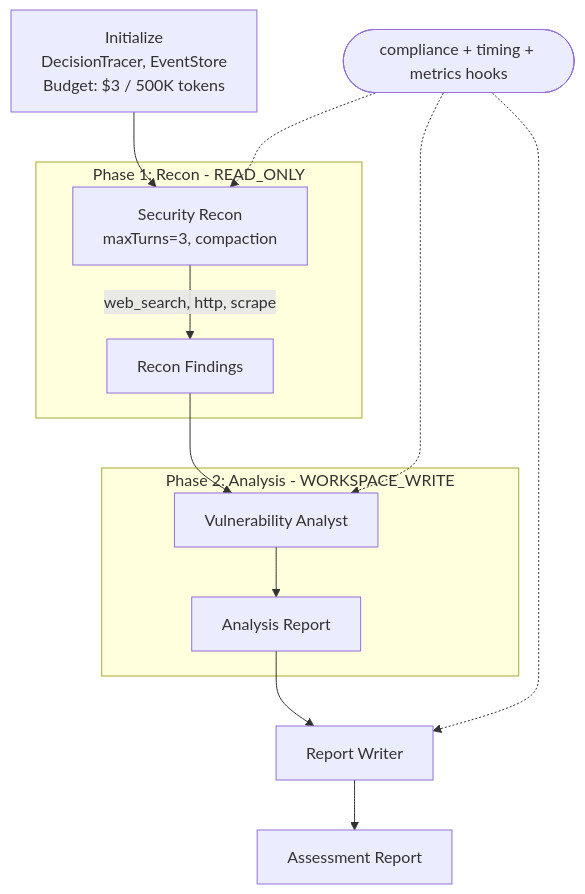
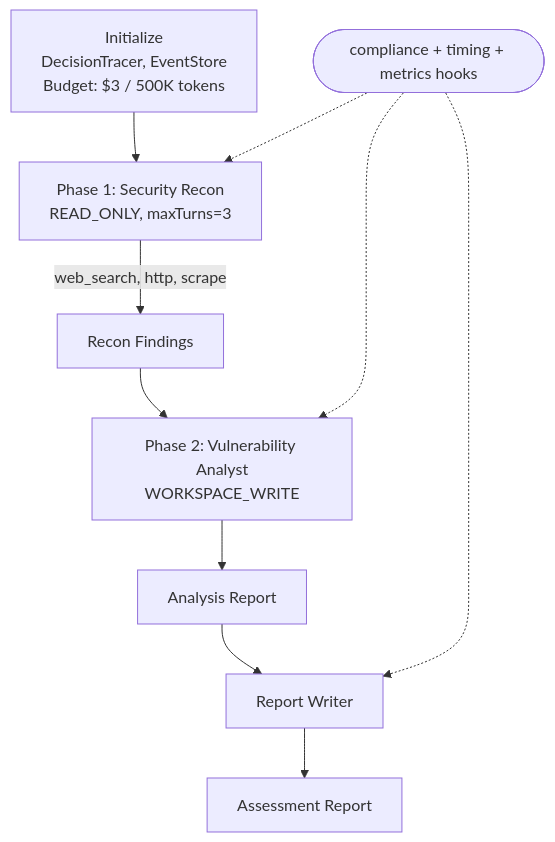
One commit to intelliswarm-ai/swarm-ai-examples changed the diagram in secure-operations-compliance/README.md. Above: the diagram before and after it, drawn with Mermaid. The commit also changed 4 other files, not shown here.

Commit message:
feat(examples): Mermaid diagrams for workflow visualization

````diff
--- a/secure-operations-compliance/README.md
+++ b/secure-operations-compliance/README.md
@@ -7,14 +7,12 @@
 ```mermaid
 graph TD
     INIT[Initialize<br/>DecisionTracer, EventStore<br/>Budget: $3 / 500K tokens] --> P1
-    subgraph Phase 1: Recon - READ_ONLY
-        P1[Security Recon<br/>maxTurns=3, compaction]
-        P1 -->|web_search, http, scrape| R1[Recon Findings]
-    end
-    R1 --> P2
-    subgraph Phase 2: Analysis - WORKSPACE_WRITE
-        P2[Vulnerability Analyst] --> R2[Analysis Report]
-    end
-    R2 --> P3[Report Writer] --> OUT[Assessment Report]
-    HOOKS([compliance + timing + metrics hooks]) -.-> P1 & P2 & P3
+    P1[Phase 1: Security Recon<br/>READ_ONLY, maxTurns=3] -->|web_search, http, scrape| R1[Recon Findings]
+    R1 --> P2[Phase 2: Vulnerability Analyst<br/>WORKSPACE_WRITE]
+    P2 --> R2[Analysis Report]
+    R2 --> P3[Report Writer]
+    P3 --> OUT[Assessment Report]
+    HOOKS([compliance + timing + metrics hooks]) -.-> P1
+    HOOKS -.-> P2
+    HOOKS -.-> P3
 ```
````
